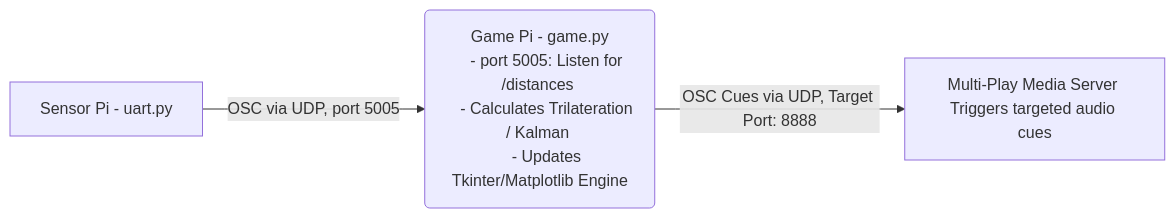
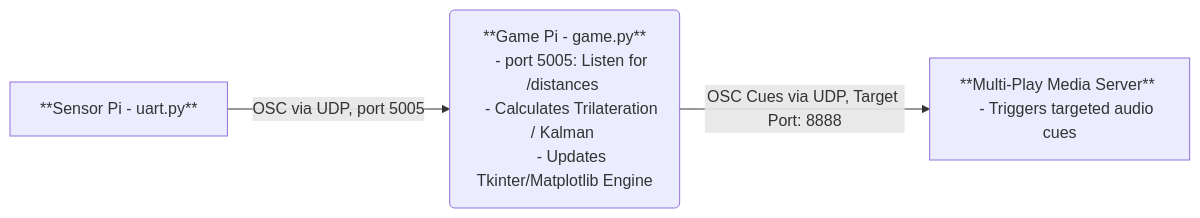
The diagram in POC/docs/osc_reference.md (JoashYeoh/EGL314_Team-A), drawn with Mermaid before and after one commit. The commit also changed other lines of this file, not shown here.

````diff
--- a/POC/docs/osc_reference.md
+++ b/POC/docs/osc_reference.md
@@ -6,8 +6,9 @@
 ```mermaid
 flowchart LR
-    A[Sensor Pi - uart.py] -->|OSC via UDP, port 5005|B(Game Pi - game.py
+    A[**Sensor Pi - uart.py**] -->|OSC via UDP, port 5005|B(**Game Pi - game.py**
     - port 5005: Listen for /distances 
     - Calculates Trilateration / Kalman 
     - Updates Tkinter/Matplotlib Engine)
-    B-->|OSC Cues via UDP, Target Port: 8888| C[Multi-Play Media Server Triggers targeted audio cues]
+    B-->|OSC Cues via UDP, Target Port: 8888| C[**Multi-Play Media Server** 
+    - Triggers targeted audio cues]
 ```
````
